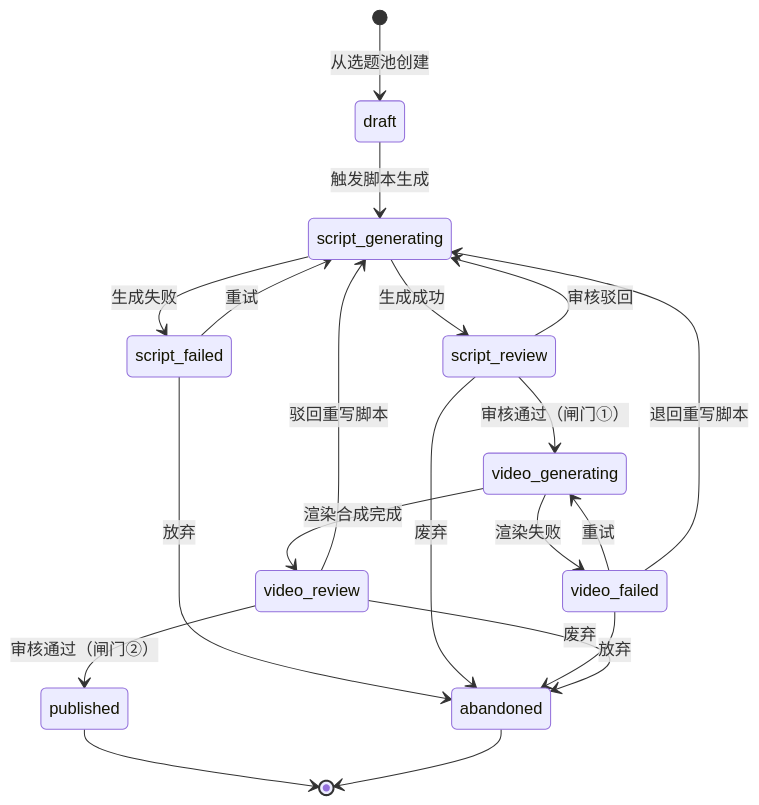
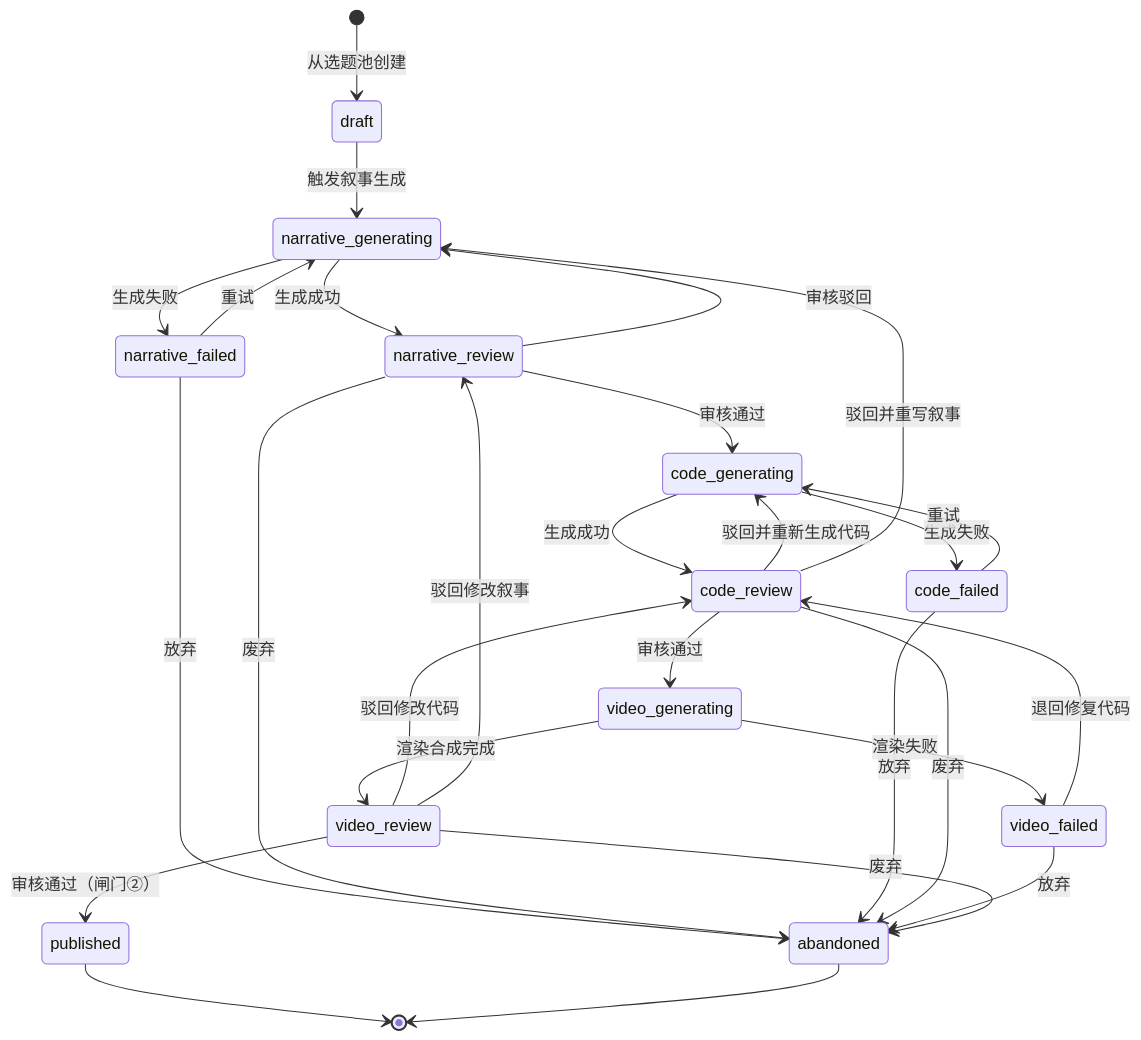
The diagram in docs/PRD_产品需求文档.md (PGshen/ai-video), drawn with Mermaid before and after one commit. The commit also changed other lines of this file and 35 other files, not shown here.

First line of the commit message:
refactor: rename script domain to code and update related components

````diff
--- a/docs/PRD_产品需求文档.md
+++ b/docs/PRD_产品需求文档.md
@@ -104,30 +104,39 @@
 ```mermaid
 stateDiagram-v2
     [*] --> draft: 从选题池创建
 
-    draft --> script_generating: 触发脚本生成
+    draft --> narrative_generating: 触发叙事生成
 
-    script_generating --> script_review: 生成成功
-    script_generating --> script_failed: 生成失败
+    narrative_generating --> narrative_review: 生成成功
+    narrative_generating --> narrative_failed: 生成失败
+    narrative_failed --> narrative_generating: 重试
+    narrative_failed --> abandoned: 放弃
 
-    script_failed --> script_generating: 重试
-    script_failed --> abandoned: 放弃
+    narrative_review --> code_generating: 审核通过
+    narrative_review --> narrative_generating: 审核驳回
+    narrative_review --> abandoned: 废弃
 
-    script_review --> video_generating: 审核通过（闸门①）
-    script_review --> script_generating: 审核驳回
-    script_review --> abandoned: 废弃
+    code_generating --> code_review: 生成成功
+    code_generating --> code_failed: 生成失败
+    code_failed --> code_generating: 重试
+    code_failed --> abandoned: 放弃
+
+    code_review --> video_generating: 审核通过
+    code_review --> code_generating: 驳回并重新生成代码
+    code_review --> narrative_generating: 驳回并重写叙事
+    code_review --> abandoned: 废弃
 
     video_generating --> video_review: 渲染合成完成
     video_generating --> video_failed: 渲染失败
 
-    video_failed --> video_generating: 重试
-    video_failed --> script_generating: 退回重写脚本
+    video_failed --> code_review: 退回修复代码
     video_failed --> abandoned: 放弃
 
     video_review --> published: 审核通过（闸门②）
-    video_review --> script_generating: 驳回重写脚本
+    video_review --> code_review: 驳回修改代码
+    video_review --> narrative_review: 驳回修改叙事
     video_review --> abandoned: 废弃
 
     published --> [*]
     abandoned --> [*]
 ```
````
